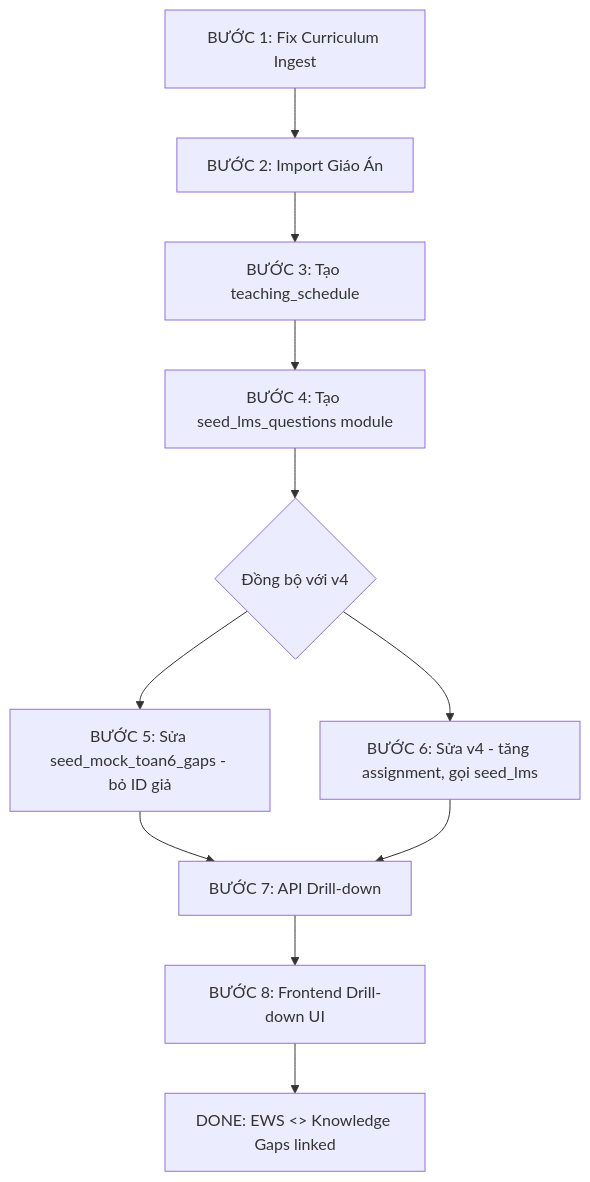
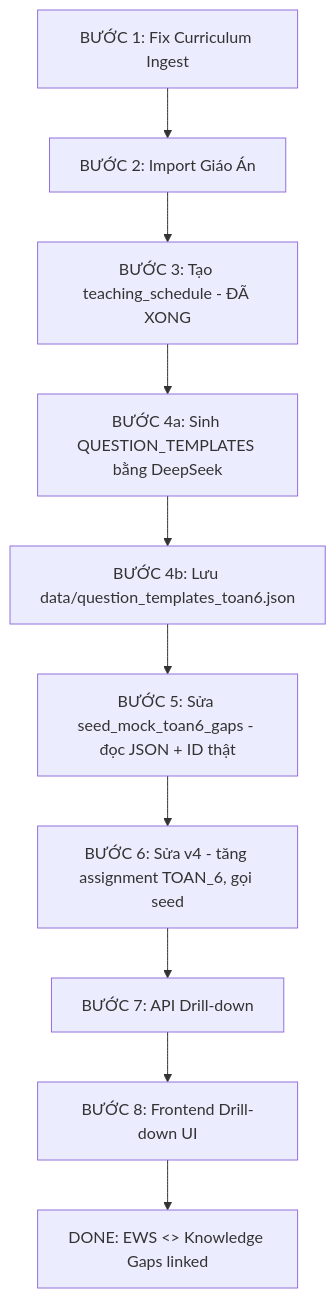
The diagram in docs_vsf/plan_lien_ket_ews_knowledge_gaps.md (thanhdiep-nltd/TTS_SRA), drawn with Mermaid before and after one commit. The commit also changed other lines of this file, not shown here.

Commit message:
docs: add plan document for EWS knowledge gaps and integration links

````diff
--- a/docs_vsf/plan_lien_ket_ews_knowledge_gaps.md
+++ b/docs_vsf/plan_lien_ket_ews_knowledge_gaps.md
@@ -439,13 +511,12 @@
 ```mermaid
 graph TD
     A[BƯỚC 1: Fix Curriculum Ingest] --> B[BƯỚC 2: Import Giáo Án]
-    B --> C[BƯỚC 3: Tạo teaching_schedule]
-    C --> D[BƯỚC 4: Tạo seed_lms_questions module]
-    D --> E{Đồng bộ với v4}
-    E --> F[BƯỚC 5: Sửa seed_mock_toan6_gaps - bỏ ID giả]
-    E --> G[BƯỚC 6: Sửa v4 - tăng assignment, gọi seed_lms]
-    F --> H[BƯỚC 7: API Drill-down]
-    G --> H
+    B --> C[BƯỚC 3: Tạo teaching_schedule - ĐÃ XONG]
+    C --> D[BƯỚC 4a: Sinh QUESTION_TEMPLATES bằng DeepSeek]
+    D --> E[BƯỚC 4b: Lưu data/question_templates_toan6.json]
+    E --> F[BƯỚC 5: Sửa seed_mock_toan6_gaps - đọc JSON + ID thật]
+    F --> G[BƯỚC 6: Sửa v4 - tăng assignment TOAN_6, gọi seed]
+    G --> H[BƯỚC 7: API Drill-down]
     H --> I[BƯỚC 8: Frontend Drill-down UI]
     I --> J[DONE: EWS <> Knowledge Gaps linked]
 ```
````
